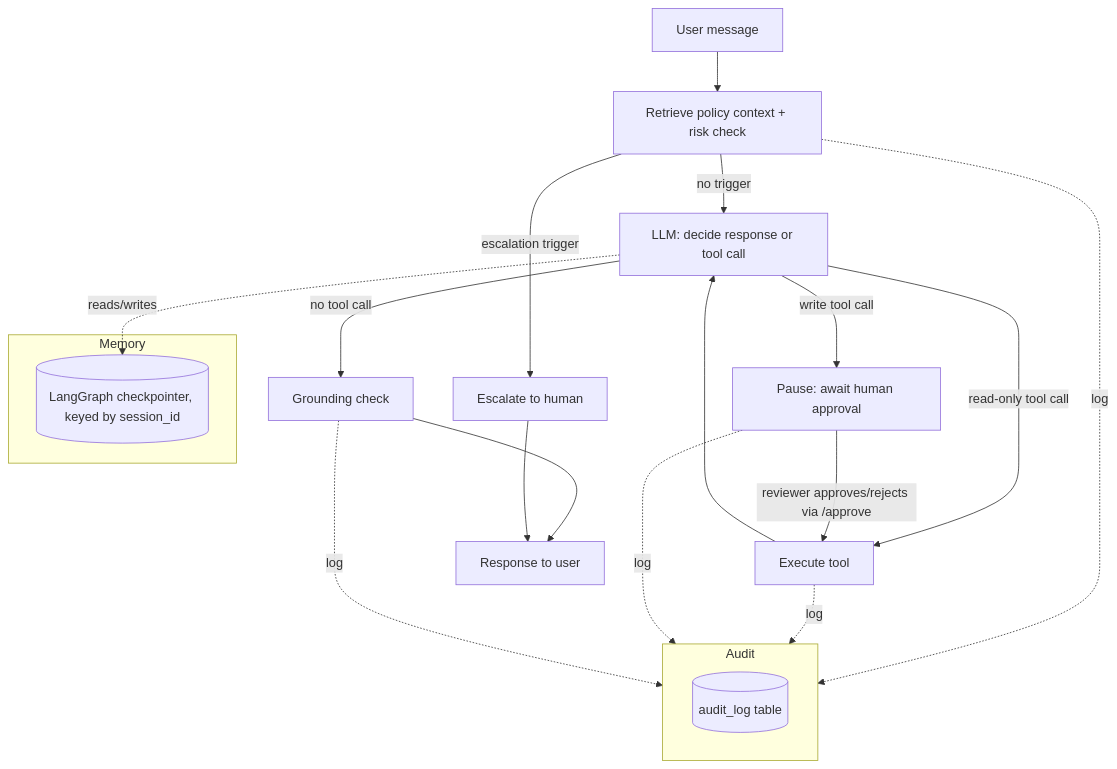
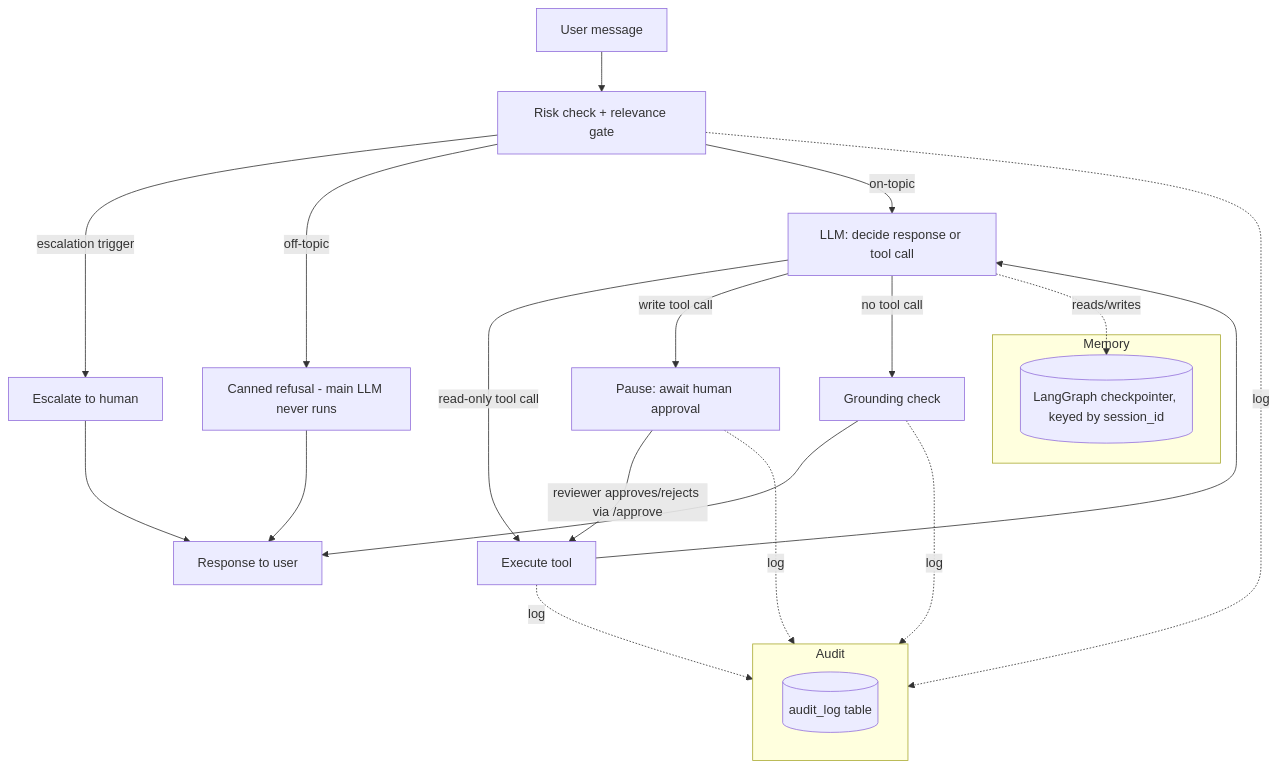
The diagram in README.md (Obi-Uno/langgraph-support-agent), drawn with Mermaid before and after one commit. The commit also changed other lines of this file and 1 other file, not shown here.

Commit message:
docs: update README - Groq default provider, relevance gate, persistent checkpointer, live audit panel

````diff
--- a/README.md
+++ b/README.md
@@ -37,27 +44,29 @@
 ```mermaid
 flowchart TD
-    U[User message] --> R[Retrieve policy context + risk check]
+    U[User message] --> R[Risk check + relevance gate]
     R -->|escalation trigger| ESC[Escalate to human]
-    R -->|no trigger| M[LLM: decide response or tool call]
+    R -->|off-topic| OT[Canned refusal - main LLM never runs]
+    R -->|on-topic| M[LLM: decide response or tool call]
     M -->|read-only tool call| T[Execute tool]
     M -->|write tool call| WAIT[Pause: await human approval]
     M -->|no tool call| GC[Grounding check]
     WAIT -->|reviewer approves/rejects via /approve| T
     T --> M
     GC --> OUT[Response to user]
     ESC --> OUT
+    OT --> OUT
 
     subgraph Memory
       CP[(LangGraph checkpointer, keyed by session_id)]
     end
     M -.reads/writes.-> CP
 
     subgraph Audit
       direction LR
       AL[(audit_log table)]
     end
     R -.log.-> AL
     T -.log.-> AL
     WAIT -.log.-> AL
     GC -.log.-> AL
 ```
````
